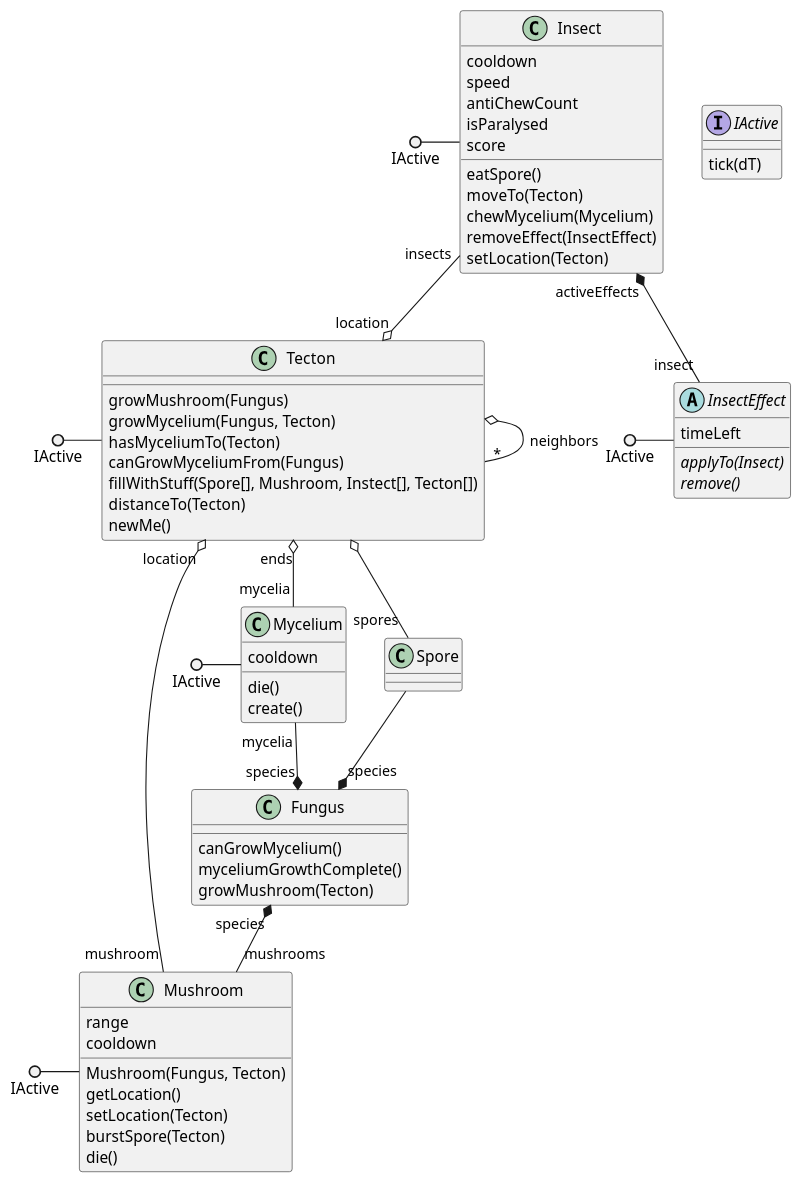
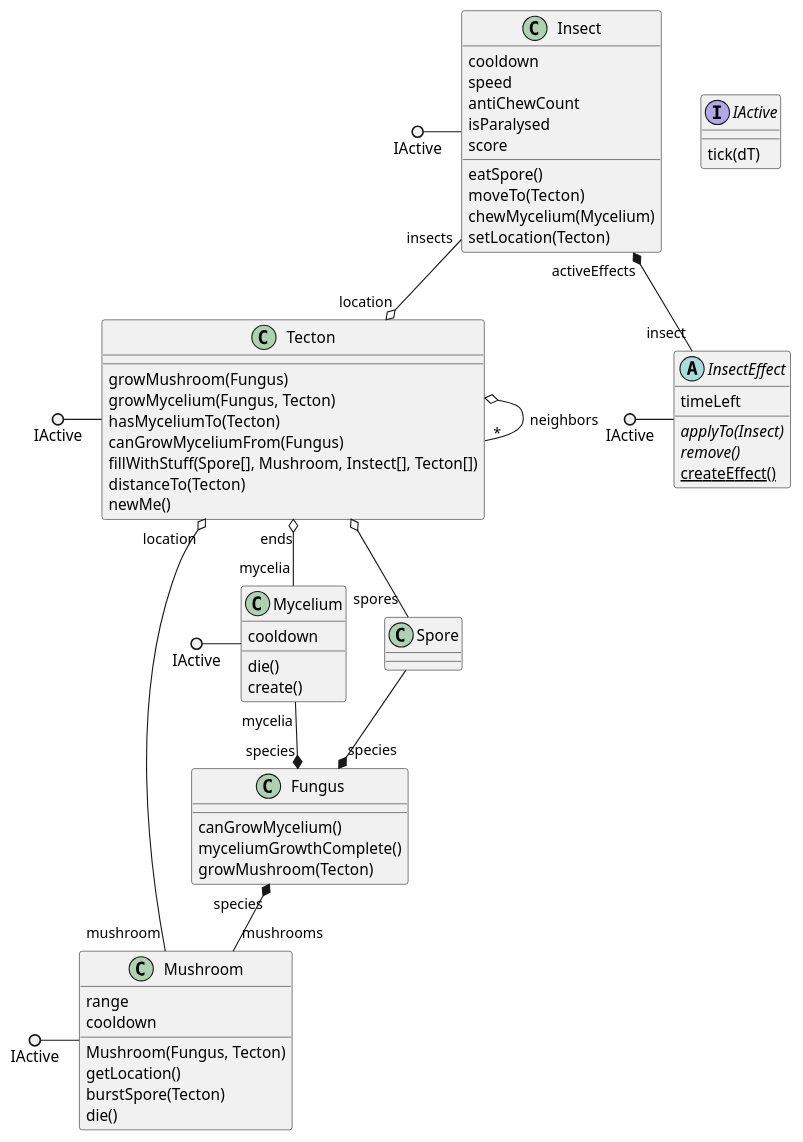
Before and after one commit to ZD4ve/projlab-error521: the diagram in classes.pu, drawn with PlantUML. The commit also changed 7 other files, not shown here.

```diff
--- a/classes.pu
+++ b/classes.pu
@@ -1,90 +1,92 @@
 @startuml classes
 interface IActive {
     tick(dT)
 }
 'Addneighbor, remove, fill belement többet hogy jelölünk
 'NEM E KELL RETURN TÍPUS'
 
-'Dávid: kikommentelt fv-ek getter-setterek, elhagyhatjuk őket innen?
+'Dávid: kikommentelt fv-ek getter-setterek, elhagyhatjuk őket?
 'takeSpore->eatspore diagram
 'ha kell remove akkor removemushroom
 
 'LÁTHATÓSÁG kell?
 class Tecton {
     growMushroom(Fungus)
     growMycelium(Fungus, Tecton)
     hasMyceliumTo(Tecton)
     canGrowMyceliumFrom(Fungus)
     ' removeInsect(Insect)
     ' addInsect(Insect)
     ' addNeighbor(Tecton)
     ' removeNeighbor(Tecton)
     fillWithStuff(Spore[], Mushroom, Instect[], Tecton[])
     distanceTo(Tecton)
     ' addSpore(Spore)
     newMe()
 }
 class Fungus {
     canGrowMycelium()
     myceliumGrowthComplete()
     growMushroom(Tecton)
 }
 class Mycelium {
     cooldown
     die()
     create()
 }
 class Mushroom {
     range
     cooldown
     Mushroom(Fungus, Tecton)
     getLocation()
-    setLocation(Tecton)
+    ' setLocation(Tecton)
     burstSpore(Tecton)
     die()
 }
 class Spore
 
 'Panni: ide nem írom ki a getter-settereket, elegek szntem az attribútumok
 ' +ha van removeEffect() akkor applyEffect() nincs? vagy azt a setIsParalysed() és a hasonlóak helyettesítik?
 ' +azt viszont nem tudom h az asszociációk setterei (pl setLocation) kellenek-e
 ' +az antiChewCount az hogyhogy counter és nem boolean?
+' Mert ha több van rajta, akkor ha hamarabb lejáró levenné a régebben evett efektjét
 class Insect {
     cooldown
     speed
     antiChewCount
     isParalysed
     score
     eatSpore()
     moveTo(Tecton)
     chewMycelium(Mycelium)
-    removeEffect(InsectEffect)
+    ' removeEffect(InsectEffect)
     setLocation(Tecton)
 }
 abstract InsectEffect {
     timeLeft
     {abstract} applyTo(Insect)
     {abstract} remove()
+    {static} createEffect()
 }
 
 IActive ()- Tecton
 IActive ()- Mushroom
 IActive ()- Mycelium
 IActive ()- Insect
 IActive ()- InsectEffect
 
 Tecton o-- "*" Tecton : neighbors
 Tecton "ends" o-- "mycelia" Mycelium
 Tecton o-- "spores" Spore
 Tecton "location" o-- "mushroom" Mushroom
 
 Mycelium "mycelia" --* "species" Fungus
 
 Insect "activeEffects" *-- "insect" InsectEffect
 Insect "insects" --o "location" Tecton
 
 Fungus "species" *-- "mushrooms" Mushroom
 
 Spore --* "species" Fungus
 
 @enduml
```
